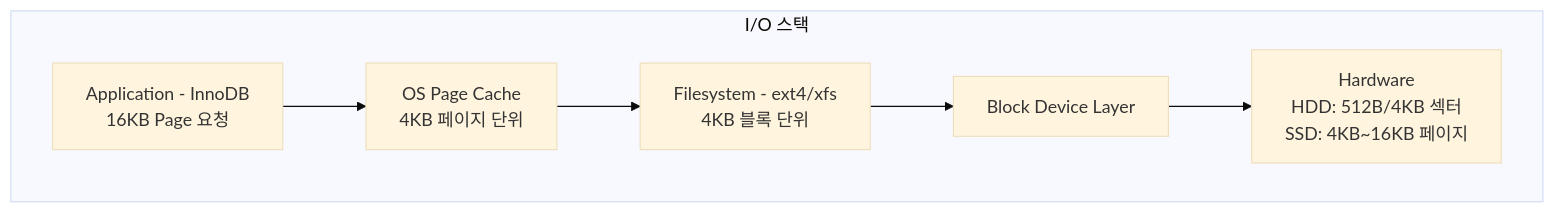
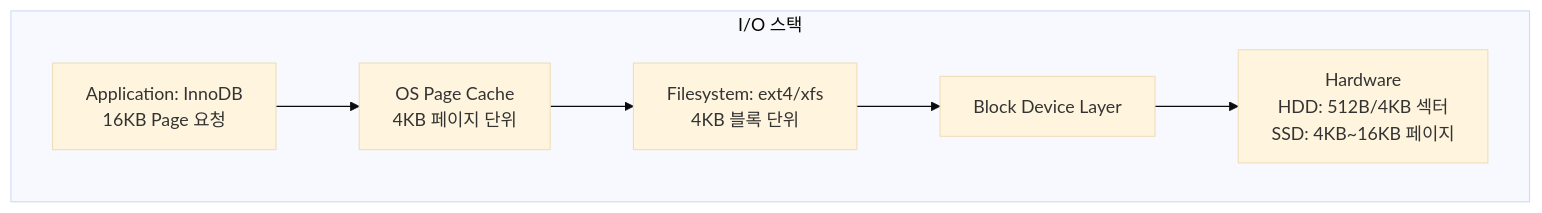
The second of 11 diagrams in src/data/blog/ko/mysql-innodb-architecture-deep-dive.md (PreAgile/astro-paper), drawn with Mermaid before and after one commit. The commit also changed other lines of this file and 33 other files, not shown here.

First line of the commit message:
fix: 마크다운 및 Mermaid 렌더링 문제 수정

````diff
--- a/src/data/blog/ko/mysql-innodb-architecture-deep-dive.md
+++ b/src/data/blog/ko/mysql-innodb-architecture-deep-dive.md
@@ -100,13 +100,13 @@
 ```mermaid
 %%{init: {'theme':'base'}}%%
 graph TB
     subgraph "I/O 스택"
-        A[Application - InnoDB<br/>16KB Page 요청]
+        A["Application: InnoDB<br/>16KB Page 요청"]
         B[OS Page Cache<br/>4KB 페이지 단위]
-        C[Filesystem - ext4/xfs<br/>4KB 블록 단위]
+        C["Filesystem: ext4/xfs<br/>4KB 블록 단위"]
         D[Block Device Layer]
         E[Hardware<br/>HDD: 512B/4KB 섹터<br/>SSD: 4KB~16KB 페이지]
     end
 
     A --> B --> C --> D --> E
 ```
````
